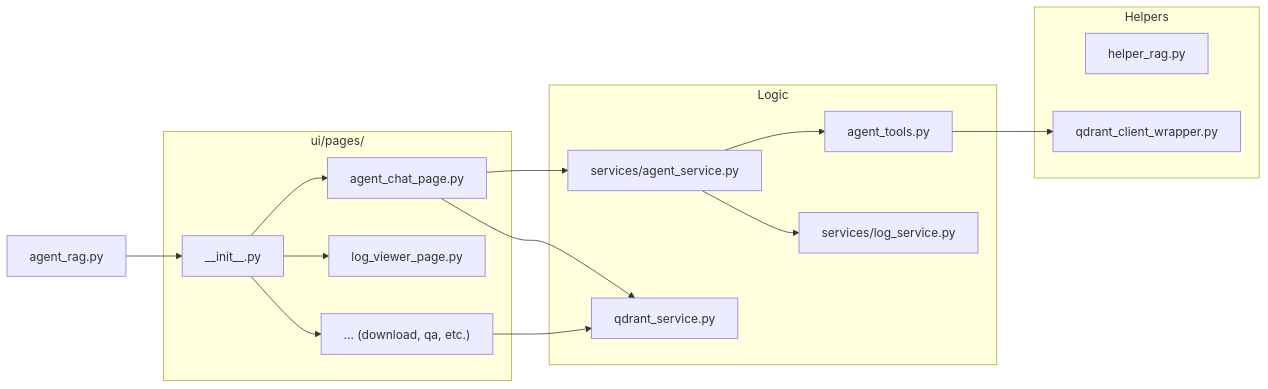
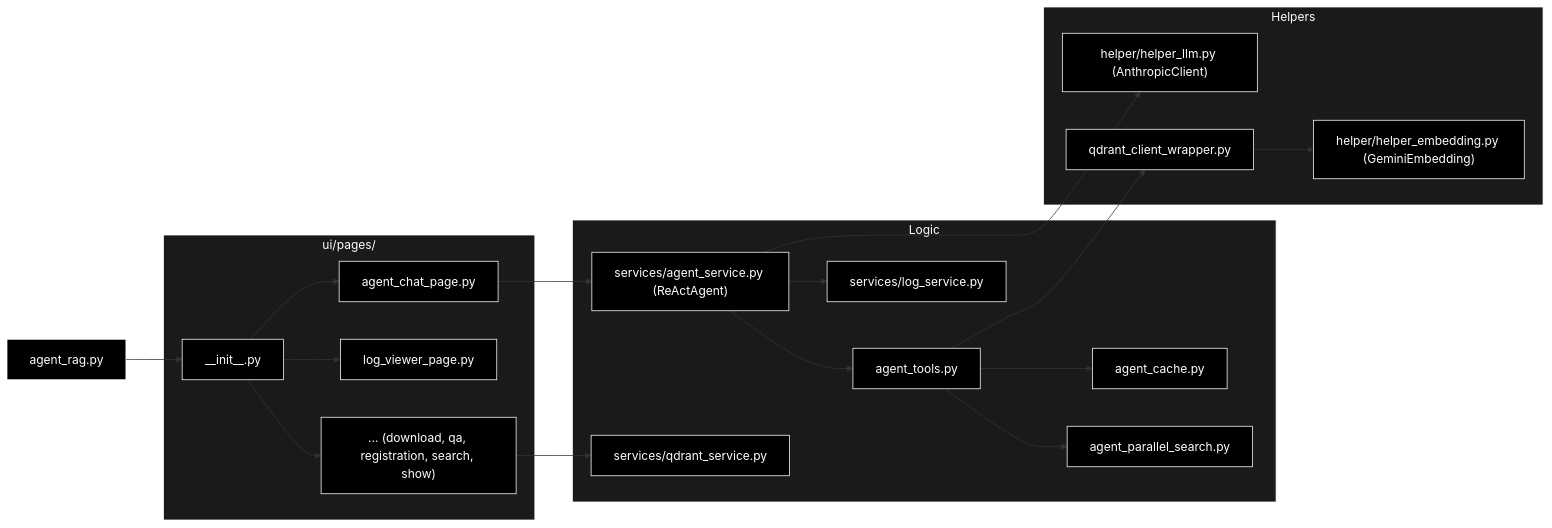
Before and after one commit to nakashima2toshio/anthropic_grace_agent_v2: the second of 10 diagrams in readme_react_reflection.md, drawn with Mermaid. The commit also changed other lines of this file and 5 other files, not shown here.

````diff
--- a/readme_react_reflection.md
+++ b/readme_react_reflection.md
@@ -166,36 +154,48 @@
 ```mermaid
 graph LR
     Main["agent_rag.py"]
 
     subgraph UI_Pages ["ui/pages/"]
         InitUI["__init__.py"]
         AgentPage["agent_chat_page.py"]
         LogPage["log_viewer_page.py"]
-        OtherPages["... (download, qa, etc.)"]
+        OtherPages["... (download, qa, registration, search, show)"]
     end
 
     subgraph Logic_Layer ["Logic"]
-        AgentSvc["services/agent_service.py"]
+        AgentSvc["services/agent_service.py (ReActAgent)"]
         Tools["agent_tools.py"]
-        QS["qdrant_service.py"]
+        Cache["agent_cache.py"]
+        Parallel["agent_parallel_search.py"]
+        QS["services/qdrant_service.py"]
         LogSvc["services/log_service.py"]
     end
 
     subgraph Helper_Layer ["Helpers"]
-        HelperRag["helper_rag.py"]
+        HelperLLM["helper/helper_llm.py (AnthropicClient)"]
+        HelperEmbed["helper/helper_embedding.py (GeminiEmbedding)"]
         QdrantWrapper["qdrant_client_wrapper.py"]
     end
 
     Main --> InitUI
     InitUI --> AgentPage
     InitUI --> LogPage
     InitUI --> OtherPages
 
     AgentPage --> AgentSvc
     AgentSvc --> Tools
+    AgentSvc --> HelperLLM
     AgentSvc --> LogSvc
-    AgentPage --> QS
+    Tools --> Cache
+    Tools --> Parallel
     Tools --> QdrantWrapper
+    QdrantWrapper --> HelperEmbed
 
     OtherPages --> QS
+classDef default fill:#000,stroke:#fff,color:#fff
+classDef subgraphStyle fill:#1a1a1a,stroke:#fff,color:#fff
+class Main,InitUI,AgentPage,LogPage,OtherPages,AgentSvc,Tools,Cache,Parallel,QS,LogSvc,HelperLLM,HelperEmbed,QdrantWrapper default
+style UI_Pages fill:#1a1a1a,stroke:#fff,color:#fff
+style Logic_Layer fill:#1a1a1a,stroke:#fff,color:#fff
+style Helper_Layer fill:#1a1a1a,stroke:#fff,color:#fff
 ```
````
